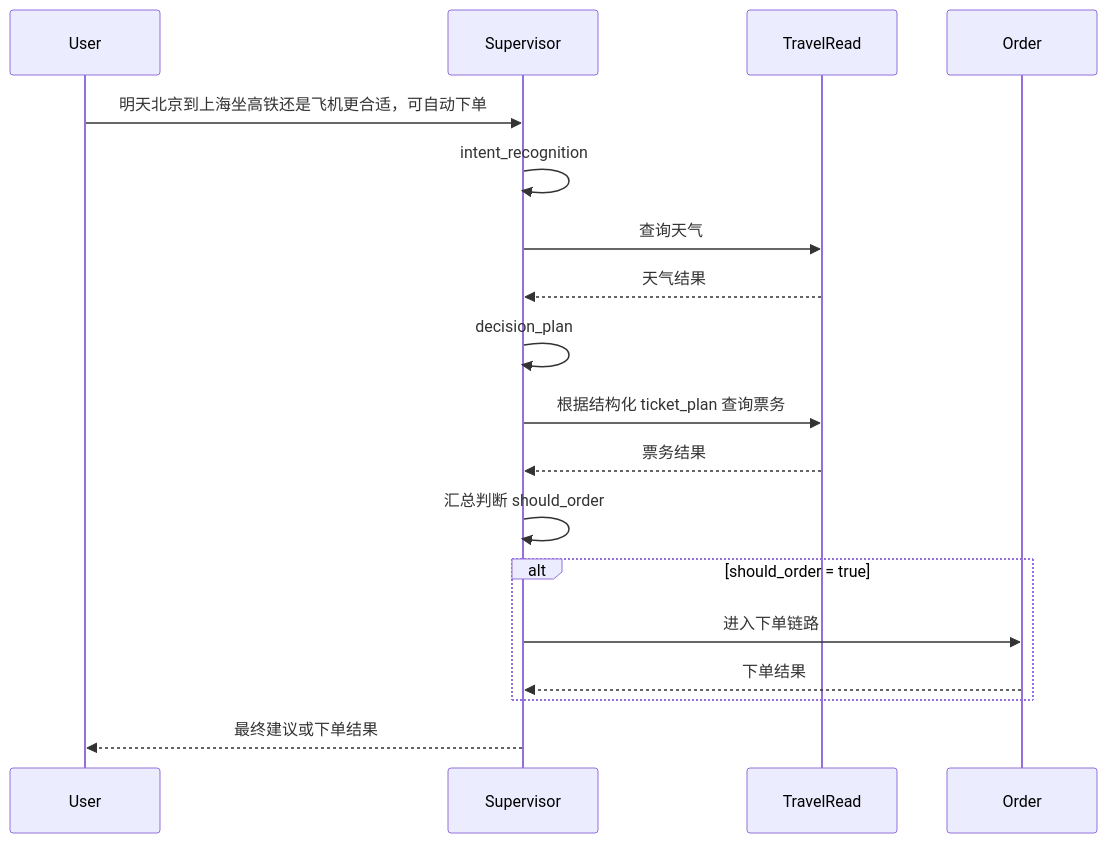
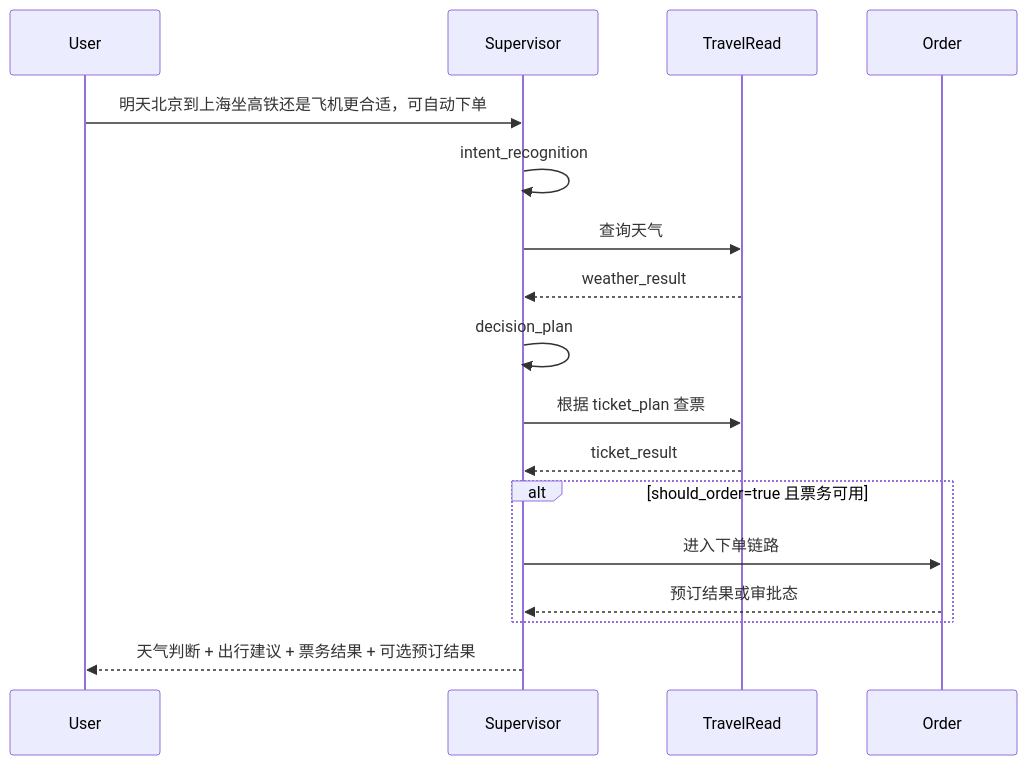
One commit to eastboat2001/SmartVoyage changed the fourth of 4 diagrams in docs/ARCHITECTURE.md. Above: the diagram before and after it, drawn with Mermaid. The commit also changed other lines of this file and 16 other files, not shown here.

````diff
--- a/docs/ARCHITECTURE.md
+++ b/docs/ARCHITECTURE.md
@@ -233,21 +296,20 @@
 ```mermaid
 sequenceDiagram
     participant User
     participant Supervisor
     participant TravelRead
     participant Order
 
     User->>Supervisor: 明天北京到上海坐高铁还是飞机更合适，可自动下单
     Supervisor->>Supervisor: intent_recognition
     Supervisor->>TravelRead: 查询天气
-    TravelRead-->>Supervisor: 天气结果
+    TravelRead-->>Supervisor: weather_result
     Supervisor->>Supervisor: decision_plan
-    Supervisor->>TravelRead: 根据结构化 ticket_plan 查询票务
-    TravelRead-->>Supervisor: 票务结果
-    Supervisor->>Supervisor: 汇总判断 should_order
-    alt should_order = true
+    Supervisor->>TravelRead: 根据 ticket_plan 查票
+    TravelRead-->>Supervisor: ticket_result
+    alt should_order=true 且票务可用
         Supervisor->>Order: 进入下单链路
-        Order-->>Supervisor: 下单结果
+        Order-->>Supervisor: 预订结果或审批态
     end
-    Supervisor-->>User: 最终建议或下单结果
+    Supervisor-->>User: 天气判断 + 出行建议 + 票务结果 + 可选预订结果
 ```
````
